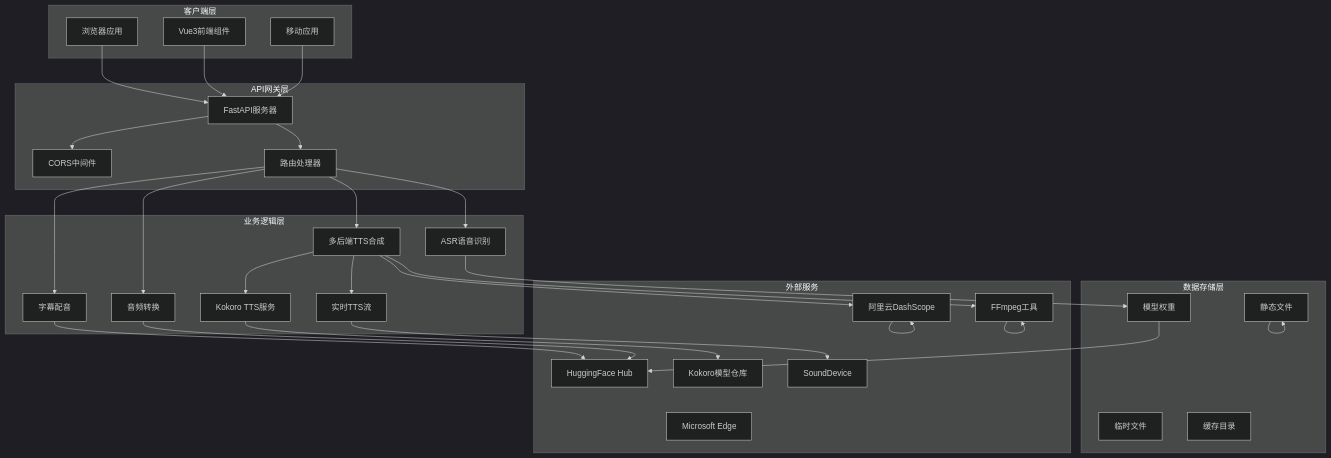
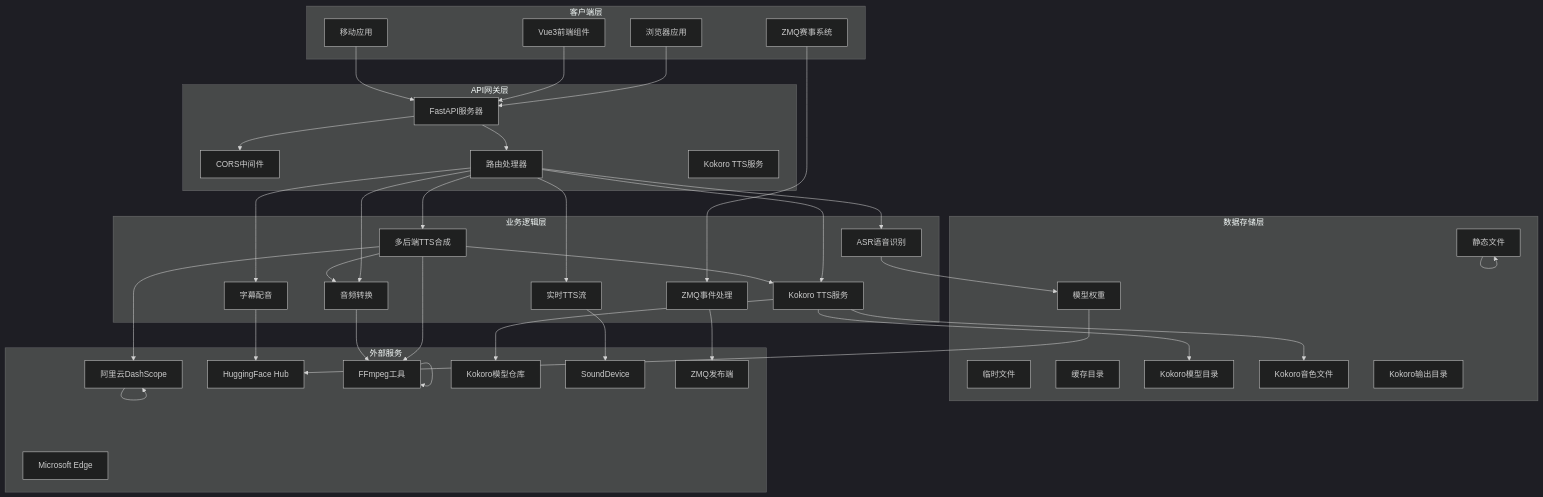
Before and after one commit to 1024dashen/Vue3Speech: the second of 14 diagrams in .qoder/repowiki/zh/content/后端服务架构/后端服务架构.md, drawn with Mermaid (dark theme). The commit also changed other lines of this file and 5 other files, not shown here.

First line of the commit message:
feat(kokoro): 完全重构kokoserver.py并集成本地Kokoro TTS服务

````diff
--- a/.qoder/repowiki/zh/content/后端服务架构/后端服务架构.md
+++ b/.qoder/repowiki/zh/content/后端服务架构/后端服务架构.md
@@ -136,57 +159,70 @@
 ```mermaid
 graph TB
 subgraph "客户端层"
 A[浏览器应用]
 B[Vue3前端组件]
 C[移动应用]
+D[ZMQ赛事系统]
 end
 subgraph "API网关层"
-D[FastAPI服务器]
-E[CORS中间件]
-F[路由处理器]
+E[FastAPI服务器]
+F[CORS中间件]
+G[路由处理器]
+H[Kokoro TTS服务]
 end
 subgraph "业务逻辑层"
-G[ASR语音识别]
-H[多后端TTS合成]
-I[字幕配音]
-J[音频转换]
-K[Kokoro TTS服务]
-L[实时TTS流]
+I[ASR语音识别]
+J[多后端TTS合成]
+K[字幕配音]
+L[音频转换]
+M[Kokoro TTS服务]
+N[实时TTS流]
+O[ZMQ事件处理]
 end
 subgraph "数据存储层"
-M[临时文件]
-N[缓存目录]
-O[模型权重]
-P[静态文件]
+P[临时文件]
+Q[缓存目录]
+R[模型权重]
+S[静态文件]
+T[Kokoro模型目录]
+U[Kokoro音色文件]
+V[Kokoro输出目录]
 end
 subgraph "外部服务"
-Q[阿里云DashScope]
-R[HuggingFace Hub]
-S[FFmpeg工具]
-T[Microsoft Edge]
-U[Kokoro模型仓库]
-V[SoundDevice]
+W[阿里云DashScope]
+X[HuggingFace Hub]
+Y[FFmpeg工具]
+Z[Microsoft Edge]
+AA[Kokoro模型仓库]
+BB[SoundDevice]
+CC[ZMQ发布端]
 end
-A --> D
-B --> D
-C --> D
-D --> E
-D --> F
-F --> G
-F --> H
-F --> I
-F --> J
-G --> O
-H --> Q
-H --> S
-H --> K
-H --> L
+A --> E
+B --> E
+C --> E
+D --> O
+E --> F
+E --> G
+G --> I
+G --> J
+G --> K
+G --> L
+G --> M
+G --> N
 I --> R
-J --> R
-O --> R
-K --> U
-L --> V
-Q --> Q
+J --> W
+J --> Y
+J --> M
+J --> L
+K --> X
+L --> Y
+R --> X
+M --> AA
+M --> T
+M --> U
+N --> BB
+O --> CC
+W --> W
+Y --> Y
 S --> S
-P --> P
 ```
````
